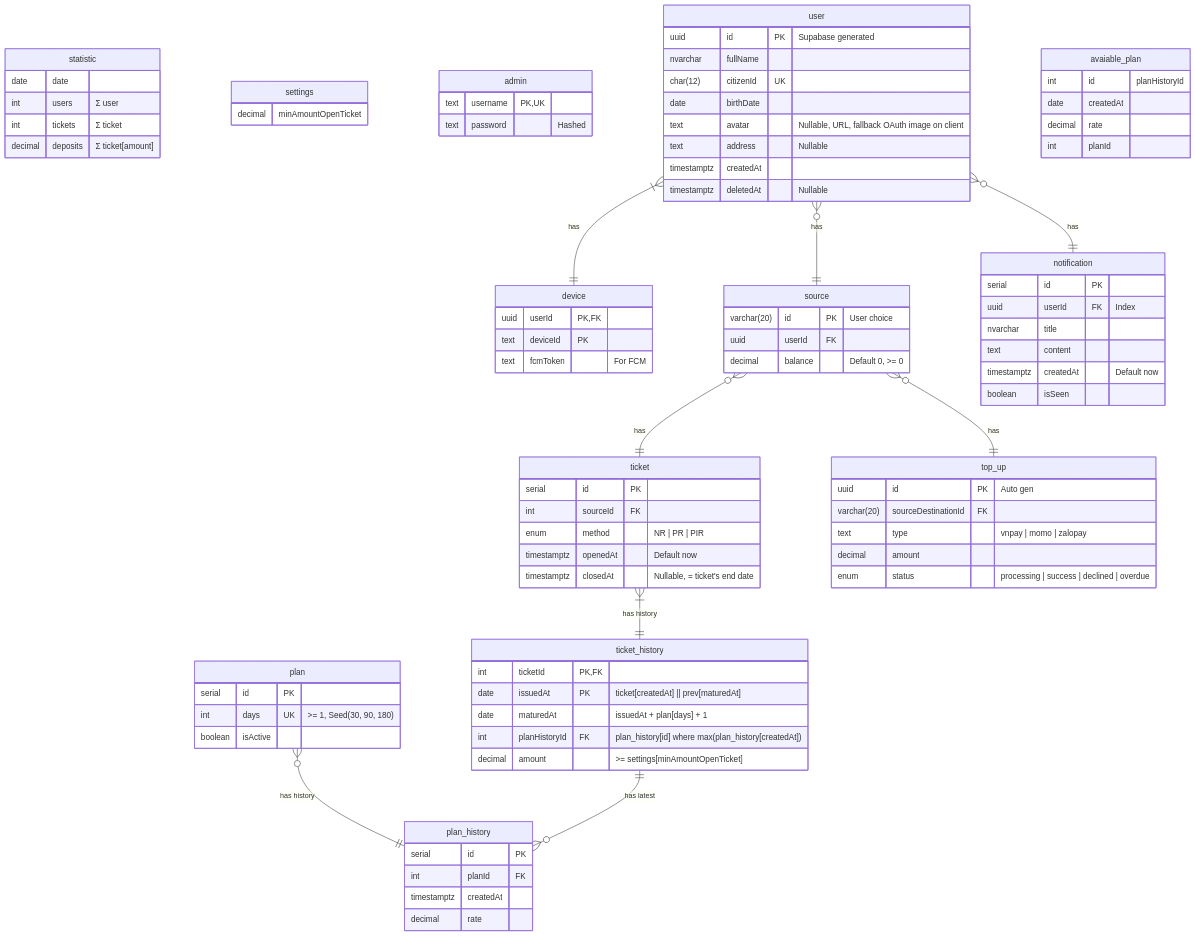
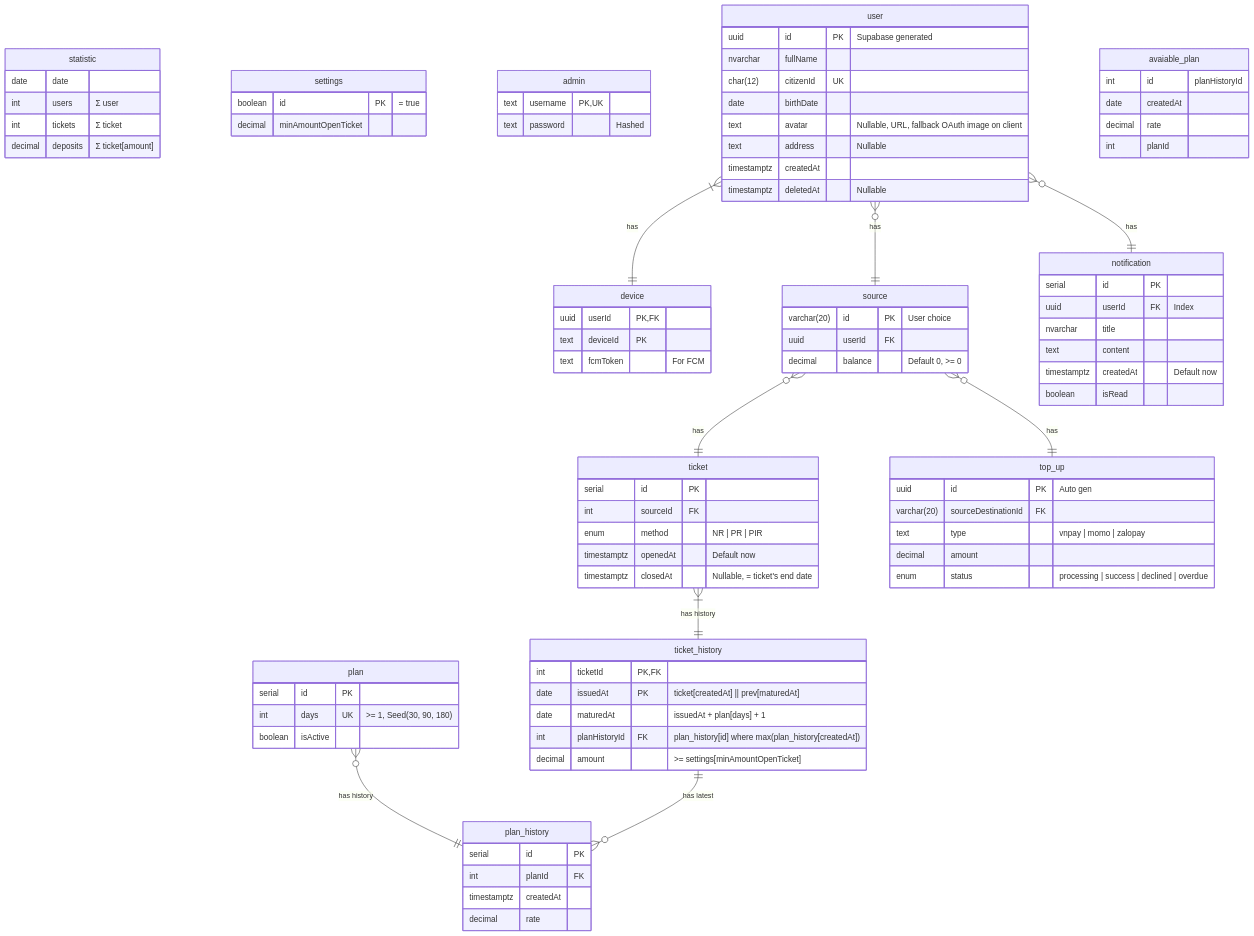
One commit to coinhub-uit/coinhub-uit.github.io changed the diagram in docs/diagrams/database/index.md. Above: the diagram before and after it, drawn with Mermaid. The commit also changed 1 other file, not shown here.

```diff
--- a/docs/diagrams/database/index.md
+++ b/docs/diagrams/database/index.md
@@ -14,6 +14,7 @@
   }
 
   settings {
+    boolean id PK "= true"
     decimal minAmountOpenTicket
   }
 
@@ -80,7 +81,7 @@
     nvarchar title
     text content
     timestamptz createdAt "Default now"
-    boolean isSeen
+    boolean isRead
   }
 
   avaiable_plan {
```
